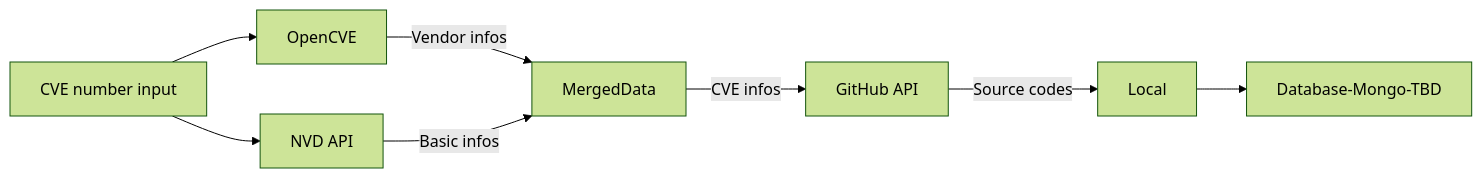
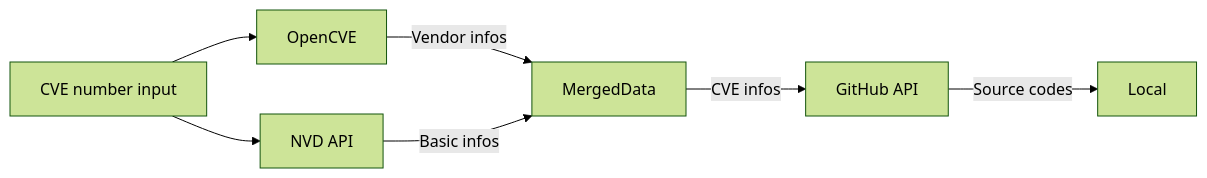
The diagram in README.md (LouisLiuNova/VulnCodeCollector), drawn with Mermaid (forest theme) before and after one commit. The commit also changed other lines of this file and 2 other files, not shown here.

````diff
--- a/README.md
+++ b/README.md
@@ -9,10 +9,9 @@
 ```mermaid
 graph LR
 A[CVE number input]-->NVD[NVD API]
 A-->OpenCVE[OpenCVE]
 OpenCVE-->|Vendor infos|MergedData
 NVD-->|Basic infos| MergedData
 MergedData-->|CVE infos|GitHub[GitHub API]
 GitHub-->|Source codes|Local
-Local-->Database[Database-Mongo-TBD]
 ```
````
